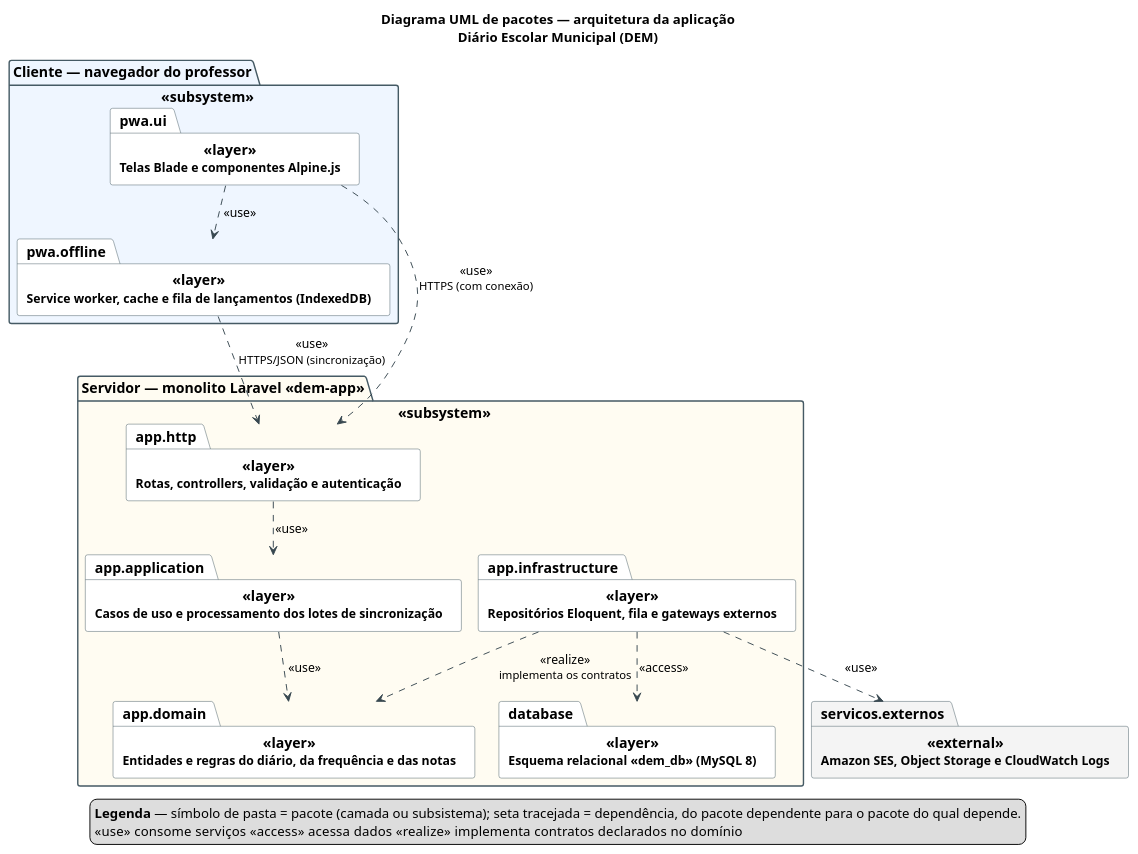
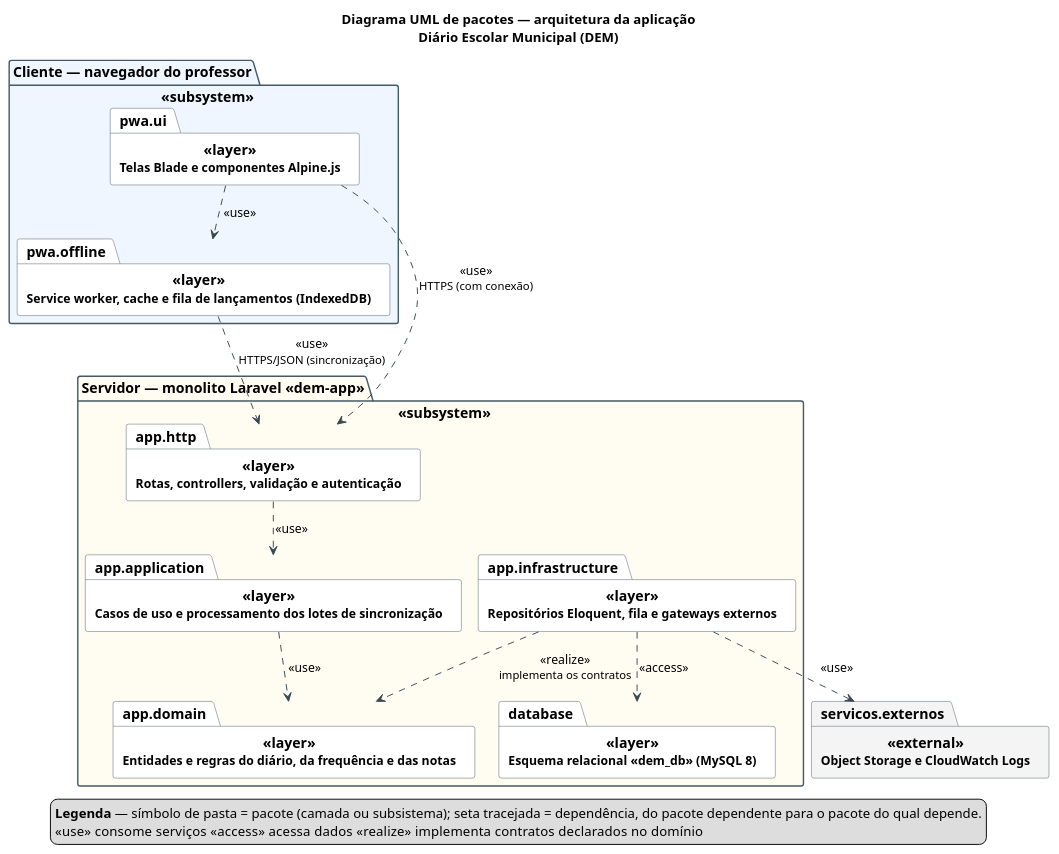
One commit to joaobschweikart/pwa-sistema-escolar changed the diagram in doc/diagramas/01-pacotes-arquitetura-aplicacao.puml. Above: the diagram before and after it, drawn with PlantUML. The commit also changed 24 other files, not shown here.

First line of the commit message:
feat!: remove a recuperação de senha por e-mail e o Amazon SES

```diff
--- a/doc/diagramas/01-pacotes-arquitetura-aplicacao.puml
+++ b/doc/diagramas/01-pacotes-arquitetura-aplicacao.puml
@@ -1,48 +1,48 @@
 @startuml 01-pacotes-arquitetura-aplicacao
 ' Figura 1 — Diagrama UML de pacotes (arquitetura da aplicação)
 ' Diário Escolar Municipal (DEM) — Prática Extensionista IV — UNOESC
 ' Render: java -jar plantuml.jar -charset UTF-8 -tpng 01-pacotes-arquitetura-aplicacao.puml
 !pragma layout smetana
 
 skinparam shadowing false
 skinparam defaultFontName SansSerif
 skinparam defaultFontSize 15
 skinparam packageStyle folder
 skinparam PackageBorderColor #455A64
 skinparam PackageFontStyle bold
 skinparam ArrowColor #37474F
 skinparam ArrowFontSize 13
 
 title Diagrama UML de pacotes — arquitetura da aplicação\n<size:14>Diário Escolar Municipal (DEM)</size>
 
 package "Cliente — navegador do professor" as cliente <<subsystem>> #EFF6FF {
   package "<size:13>Telas Blade e componentes Alpine.js</size>" as pwa.ui <<layer>> #FFFFFF
   package "<size:13>Service worker, cache e fila de lançamentos (IndexedDB)</size>" as pwa.offline <<layer>> #FFFFFF
 }
 
 package "Servidor — monolito Laravel «dem-app»" as servidor <<subsystem>> #FFFCF2 {
   package "<size:13>Rotas, controllers, validação e autenticação</size>" as app.http <<layer>> #FFFFFF
   package "<size:13>Casos de uso e processamento dos lotes de sincronização</size>" as app.application <<layer>> #FFFFFF
   package "<size:13>Entidades e regras do diário, da frequência e das notas</size>" as app.domain <<layer>> #FFFFFF
   package "<size:13>Repositórios Eloquent, fila e gateways externos</size>" as app.infrastructure <<layer>> #FFFFFF
   package "<size:13>Esquema relacional «dem_db» (MySQL 8)</size>" as database <<layer>> #FFFFFF
 }
 
-package "<size:13>Amazon SES, Object Storage e CloudWatch Logs</size>" as servicos.externos <<external>> #F4F4F4
+package "<size:13>Object Storage e CloudWatch Logs</size>" as servicos.externos <<external>> #F4F4F4
 
 pwa.ui ..> pwa.offline : <<use>>
 pwa.ui ..> app.http : <<use>>\n<size:12>HTTPS (com conexão)</size>
 pwa.offline ..> app.http : <<use>>\n<size:12>HTTPS/JSON (sincronização)</size>
 
 app.http ..> app.application : <<use>>
 app.application ..> app.domain : <<use>>
 app.infrastructure ..> app.domain : <<realize>>\n<size:12>implementa os contratos</size>
 app.infrastructure ..> database : <<access>>
 app.infrastructure ..> servicos.externos : <<use>>
 
 legend bottom
   <b>Legenda</b> — símbolo de pasta = pacote (camada ou subsistema); seta tracejada = dependência, do pacote dependente para o pacote do qual depende.
   «use» consome serviços   «access» acessa dados   «realize» implementa contratos declarados no domínio
 endlegend
 
 @enduml
```
